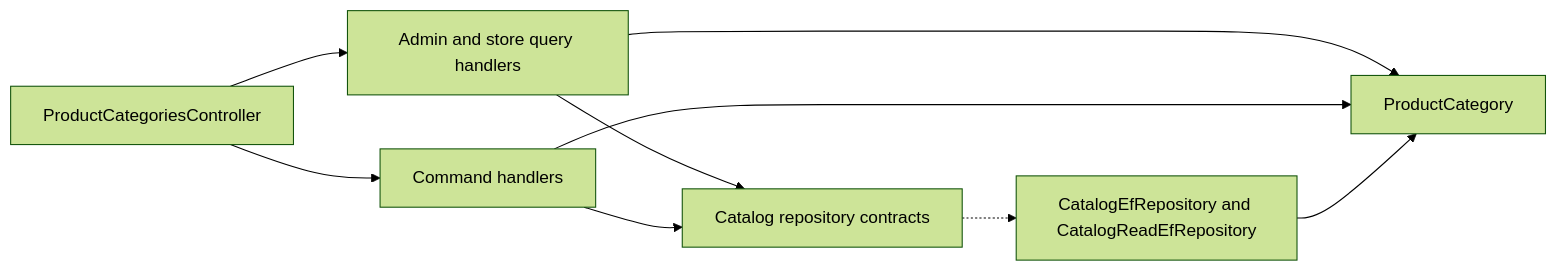
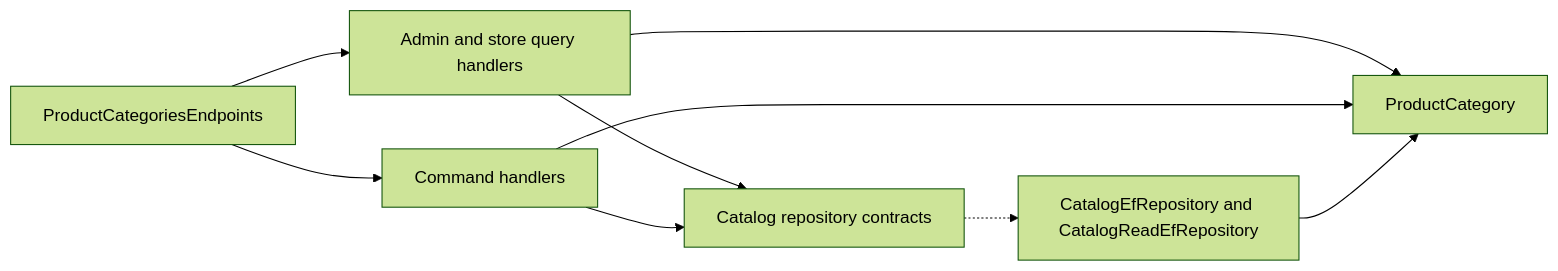
One commit to Weretik/BreviERP changed the diagram in docs/sdd/features/catalog/categories.md. Above: the diagram before and after it, drawn with Mermaid (forest theme). The commit also changed other lines of this file and 223 other files, not shown here.

````diff
--- a/docs/sdd/features/catalog/categories.md
+++ b/docs/sdd/features/catalog/categories.md
@@ -31,11 +31,11 @@
 ```mermaid
 flowchart LR
-    A["ProductCategoriesController"] --> B["Admin and store query handlers"]
+    A["ProductCategoriesEndpoints"] --> B["Admin and store query handlers"]
     A --> C["Command handlers"]
     B --> D["ProductCategory"]
     C --> D
     B --> E["Catalog repository contracts"]
     C --> E
     E -.-> F["CatalogEfRepository and CatalogReadEfRepository"]
     F --> D
 ```
````
